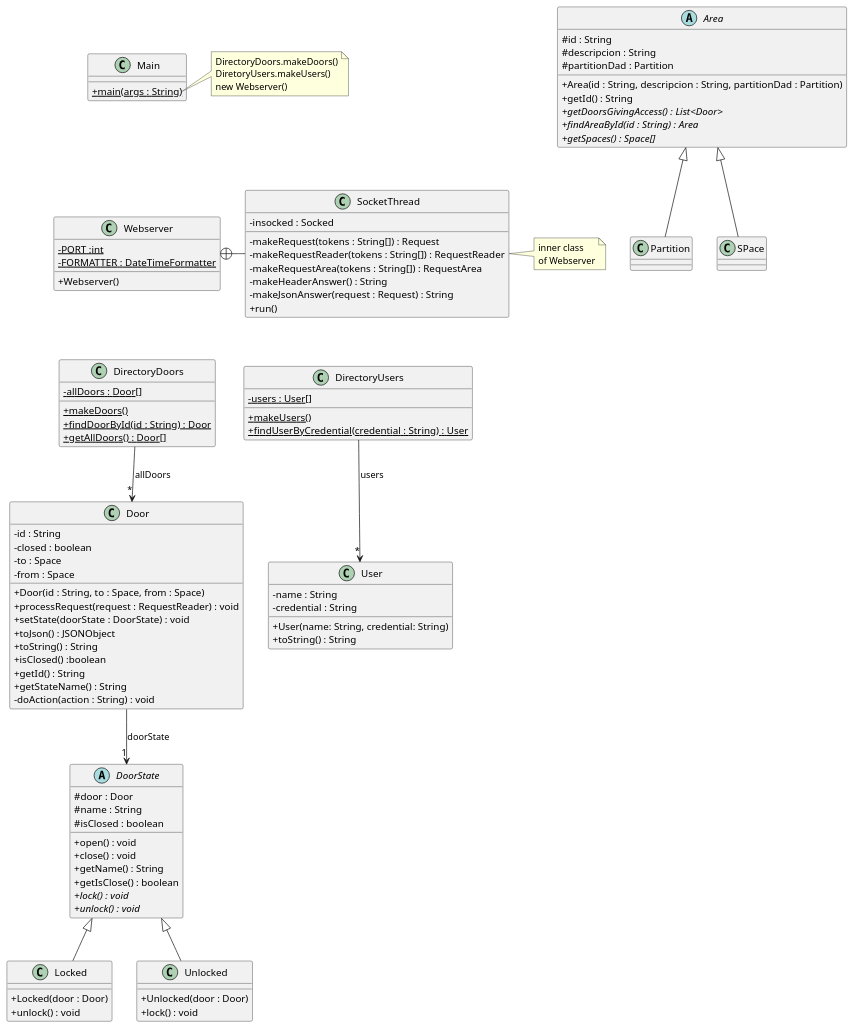
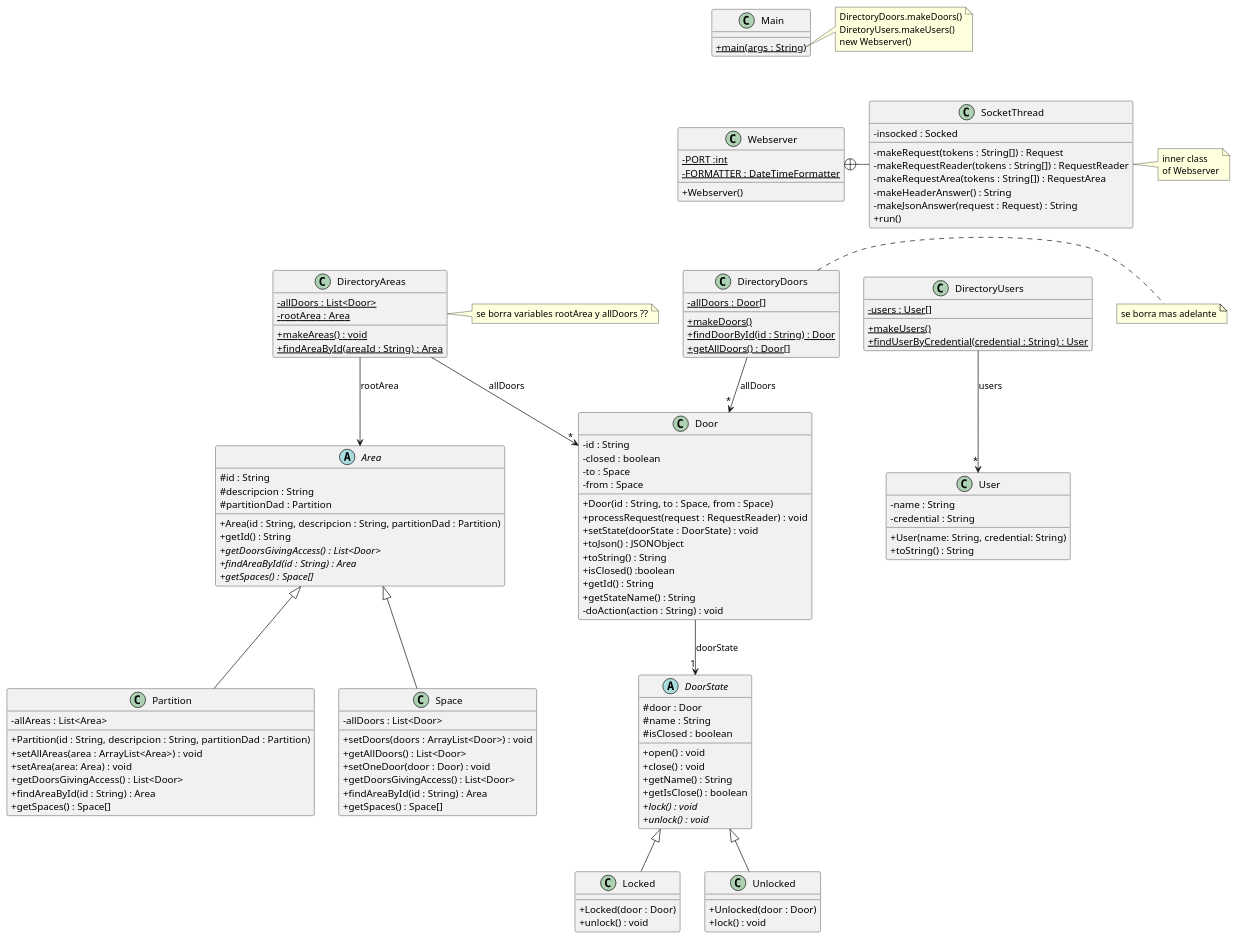
The diagram in out/production/acs_students-master/baseNoStates/uml/base_no_states.puml (Jordiyy/DSPracticas), drawn with PlantUML before and after one commit. The commit also changed 11 other files, not shown here.

```diff
--- a/out/production/acs_students-master/baseNoStates/uml/base_no_states.puml
+++ b/out/production/acs_students-master/baseNoStates/uml/base_no_states.puml
@@ -1,126 +1,157 @@
 @startuml
 'https://plantuml.com/class-diagram
 skinparam classAttributeIconSize 0
 
 class Webserver {
     - {static} PORT :int
     - {static} FORMATTER : DateTimeFormatter
     + Webserver()
 }
 
 class SocketThread {
     - insocked : Socked
     - makeRequest(tokens : String[]) : Request
     - makeRequestReader(tokens : String[]) : RequestReader
     - makeRequestArea(tokens : String[]) : RequestArea
     - makeHeaderAnswer() : String
     - makeJsonAnswer(request : Request) : String
     + run()
 }
 
 Webserver +-right- SocketThread
 
 note right of SocketThread
 inner class
 of Webserver
 end note
 
 class DirectoryDoors {
     - {static} allDoors : Door[]
     + {static} makeDoors()
     + {static} findDoorById(id : String) : Door
     + {static} getAllDoors() : Door[]
 }
 
+note right of DirectoryDoors
+se borra mas adelante
+end note
+
 DirectoryDoors --> "*" Door : "allDoors"
 
 class DirectoryUsers {
     - {static} users : User[]
     + {static} makeUsers()
     + {static} findUserByCredential(credential : String) : User
 }
 
 DirectoryUsers --> "*" User : "users"
+
+class DirectoryAreas {
+    - {static} allDoors : List<Door>
+    - {static} rootArea : Area
+    + {static} makeAreas() : void
+    + {static} findAreaById(areaId : String) : Area
+}
+
+note right of DirectoryAreas
+se borra variables rootArea y allDoors ??
+end note
+
+DirectoryAreas --> Area : rootArea
 
 class Door {
     - id : String
     - closed : boolean
     - to : Space
     - from : Space
     + Door(id : String, to : Space, from : Space)
     + processRequest(request : RequestReader) : void
     + setState(doorState : DoorState) : void
     + toJson() : JSONObject
     + toString() : String
     + isClosed() :boolean
     + getId() : String
     '+ setClosed(b : boolean)
     + getStateName() : String
     - doAction(action : String) : void
 }
+
+DirectoryAreas --> "*" Door : allDoors
 
 class User {
     - name : String
     - credential : String
     + User(name: String, credential: String)
     + toString() : String
 }
 
 Door --> "1" DoorState : doorState
 
 abstract class DoorState {
     # door : Door
     # name : String
     # isClosed : boolean
     + open() : void
     + close() : void
     + getName() : String
     + getIsClose() : boolean
     + {abstract} lock() : void
     + {abstract} unlock() : void
     '+ {abstract} unlockShortly() : void
 }
 
 class Locked extends DoorState {
     + Locked(door : Door)
     + unlock() : void
 }
 
 class Unlocked extends DoorState {
     + Unlocked(door : Door)
     + lock() : void
 }
 
 abstract class Area {
     # id : String
     # descripcion : String
     # partitionDad : Partition
     + Area(id : String, descripcion : String, partitionDad : Partition)
     + getId() : String
     + {abstract} getDoorsGivingAccess() : List<Door>
     + {abstract} findAreaById(id : String) : Area
     + {abstract} getSpaces() : Space[]
 }
 
 class Partition extends Area {
-
+    - allAreas : List<Area>
+    + Partition(id : String, descripcion : String, partitionDad : Partition)
+    + setAllAreas(area : ArrayList<Area>) : void
+    + setArea(area: Area) : void
+    + getDoorsGivingAccess() : List<Door>
+    + findAreaById(id : String) : Area
+    + getSpaces() : Space[]
 }
 
-class SPace extends Area {
-
+class Space extends Area {
+    - allDoors : List<Door>
+    + setDoors(doors : ArrayList<Door>) : void
+    + getAllDoors() : List<Door>
+    + setOneDoor(door : Door) : void
+    + getDoorsGivingAccess() : List<Door>
+    + findAreaById(id : String) : Area
+    + getSpaces() : Space[]
 }
 
 class Main {
     + {static} main(args : String)
 }
 
 note right of Main::main
 DirectoryDoors.makeDoors()
 DiretoryUsers.makeUsers()
 new Webserver()
 end note
 
 Main -[hidden]down- Webserver
 Webserver -[hidden]down- DirectoryDoors
 DirectoryDoors -[hidden]right- DirectoryUsers
 @enduml
```
